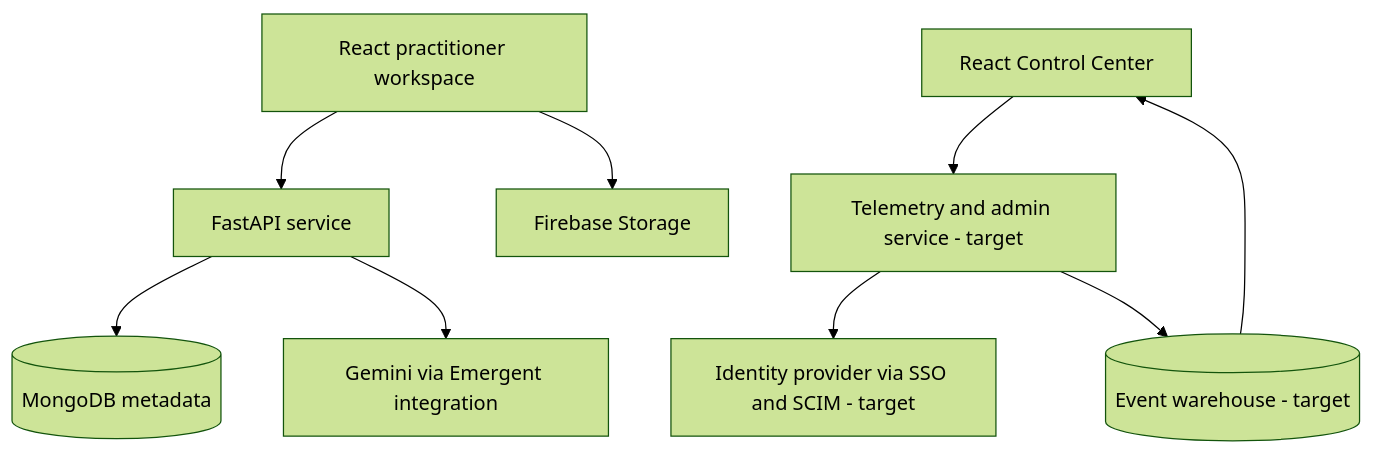
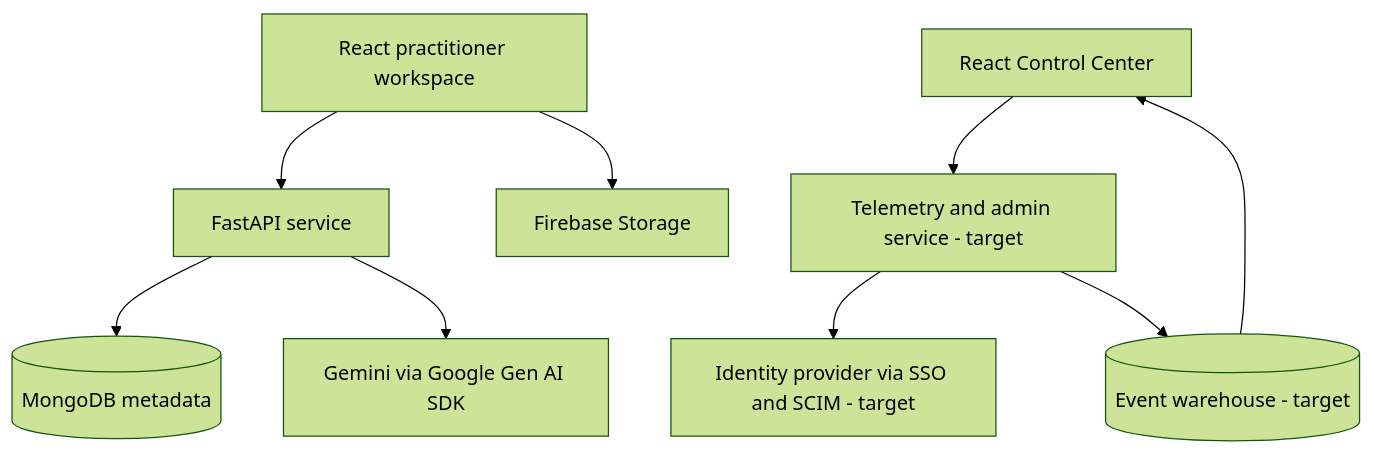
The second of 2 diagrams in README.md (Ggeorge73/GCC-SAE-Command-Center), drawn with Mermaid (forest theme) before and after one commit. The commit also changed other lines of this file and 21 other files, not shown here.

````diff
--- a/README.md
+++ b/README.md
@@ -74,11 +81,11 @@
 ```mermaid
 flowchart TB
     UI[React practitioner workspace] --> API[FastAPI service]
     CC[React Control Center] --> TS[Telemetry and admin service - target]
     API --> DB[(MongoDB metadata)]
-    API --> LLM[Gemini via Emergent integration]
+    API --> LLM[Gemini via Google Gen AI SDK]
     UI --> FS[Firebase Storage]
     TS --> IDP[Identity provider via SSO and SCIM - target]
     TS --> WH[(Event warehouse - target)]
     WH --> CC
 ```
````
